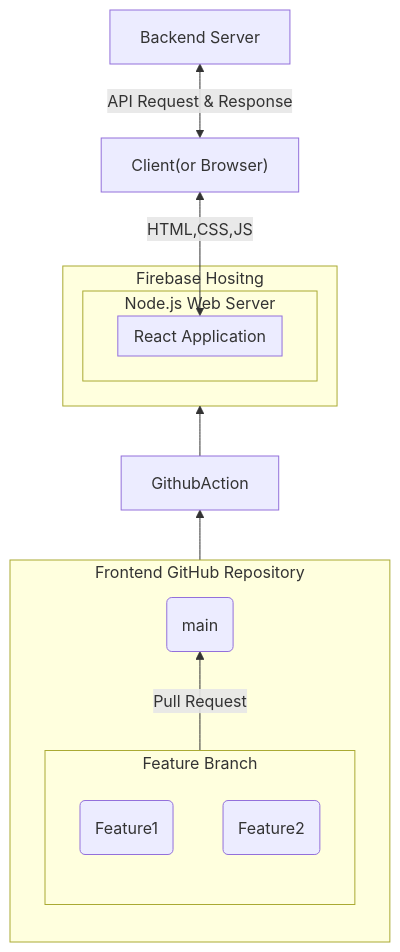
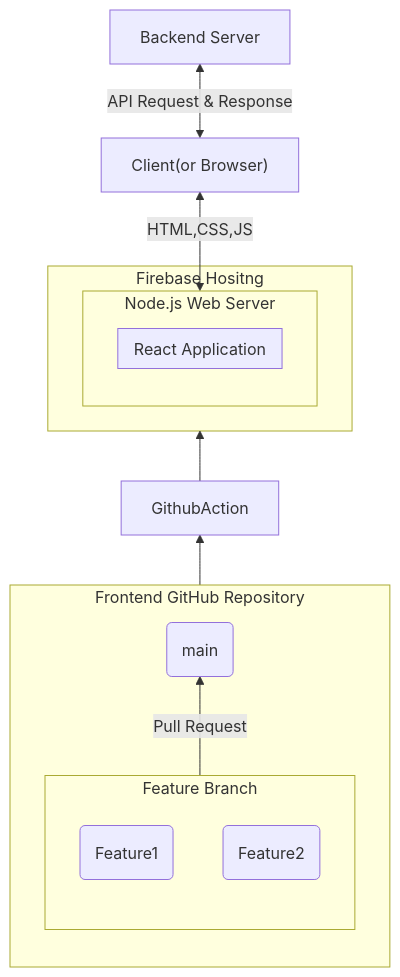
One commit to Team-LinkUp/.github changed the first of 2 diagrams in profile/README.md. Above: the diagram before and after it, drawn with Mermaid.

````diff
--- a/profile/README.md
+++ b/profile/README.md
@@ -5,34 +5,34 @@
 ```mermaid
 flowchart BT
     
 
     subgraph FrontGitHubRepo ["Frontend GitHub Repository"]
         direction BT
         subgraph feature ["Feature Branch"]
             Github-Branch-feat1("Feature1")
             Github-Branch-feat2("Feature2")
         end
 
         Github-Branch-main("main")
         feature -- Pull Request --> Github-Branch-main
     end
 
 GithubAction
 
 Github-Branch-main --> GithubAction
 
 subgraph Firebase ["Firebase Hositng"]
     subgraph Node.js ["Node.js Web Server"]
         subgraph ReactApp ["React Application"]
     
     end
 end
 end
 
 GithubAction --> Firebase
 
 
-ReactApp <-- HTML,CSS,JS --> User["Client(or Browser)"]
+Node.js <-- HTML,CSS,JS --> User["Client(or Browser)"]
 
 User <-- API Request & Response --> Backend["Backend Server"]
 ```
````
